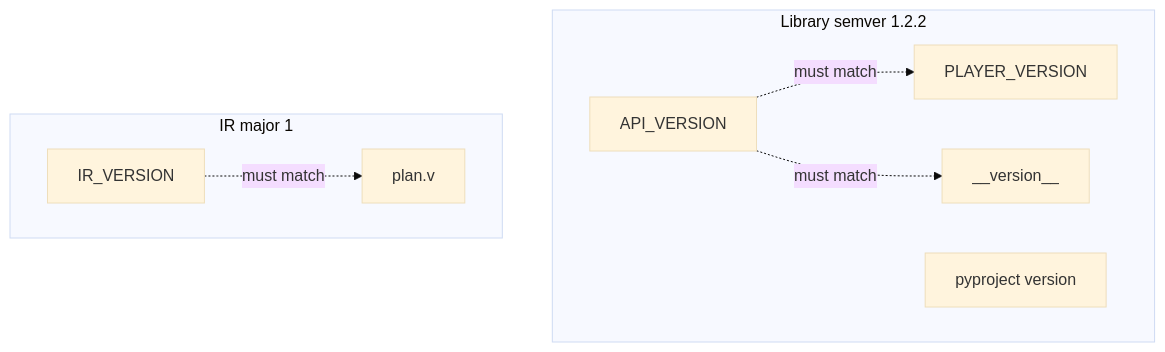
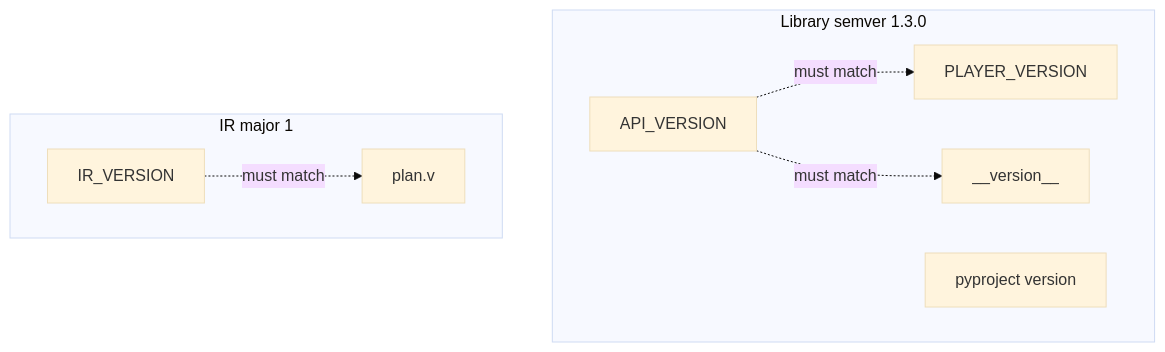
One commit to bitplorer/ux-motion changed the diagram in docs/13-VERSIONING.md. Above: the diagram before and after it, drawn with Mermaid (base theme). The commit also changed other lines of this file and 16 other files, not shown here.

````diff
--- a/docs/13-VERSIONING.md
+++ b/docs/13-VERSIONING.md
@@ -15,16 +15,16 @@
 ```mermaid
 flowchart TB
-  subgraph Library["Library semver 1.2.2"]
+  subgraph Library["Library semver 1.3.0"]
     API["API_VERSION"]
     PY["__version__"]
     PL["PLAYER_VERSION"]
     PJ["pyproject version"]
   end
   subgraph Wire["IR major 1"]
     IR["IR_VERSION"]
     V["plan.v"]
   end
   API -.->|"must match"| PL
   API -.->|"must match"| PY
   IR -.->|"must match"| V
 ```
````
